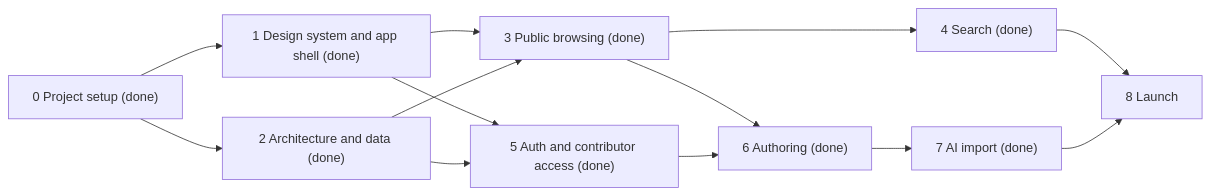
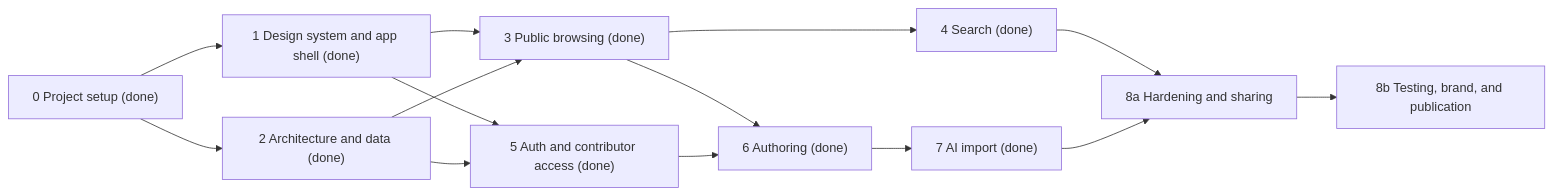
Before and after one commit to jaARke/recipe-hub: the diagram in ROADMAP.md, drawn with Mermaid. The commit also changed other lines of this file and 1 other file, not shown here.

Commit message:
Record Session 8a in the roadmap and add a runbook to the README

````diff
--- a/ROADMAP.md
+++ b/ROADMAP.md
@@ -800,15 +863,16 @@
 ```mermaid
 flowchart LR
 	S0["0 Project setup (done)"] --> S1["1 Design system and app shell (done)"]
 	S0 --> S2["2 Architecture and data (done)"]
 	S1 --> S3["3 Public browsing (done)"]
 	S2 --> S3
 	S3 --> S4["4 Search (done)"]
 	S1 --> S5["5 Auth and contributor access (done)"]
 	S2 --> S5
 	S3 --> S6["6 Authoring (done)"]
 	S5 --> S6
 	S6 --> S7["7 AI import (done)"]
-	S4 --> S8["8 Launch"]
-	S7 --> S8
+	S4 --> S8a["8a Hardening and sharing"]
+	S7 --> S8a
+	S8a --> S8b["8b Testing, brand, and publication"]
 ```
````
